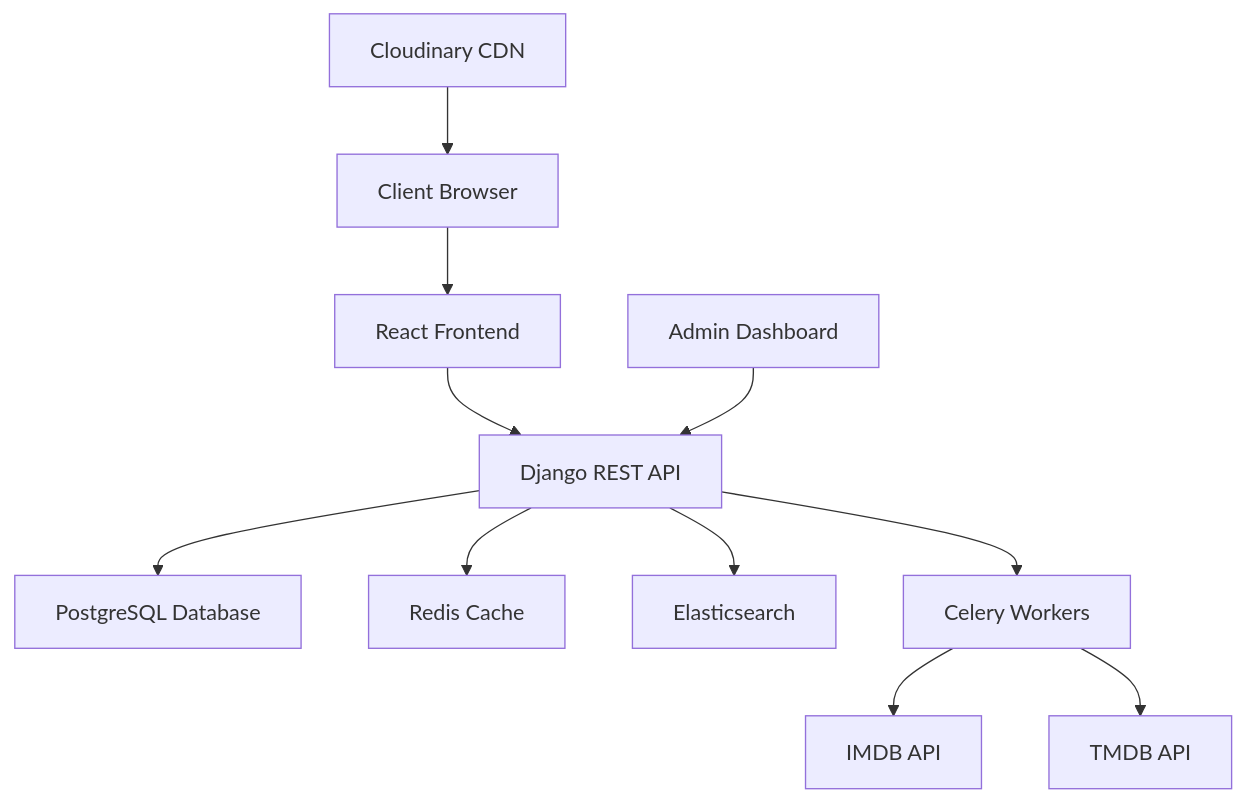
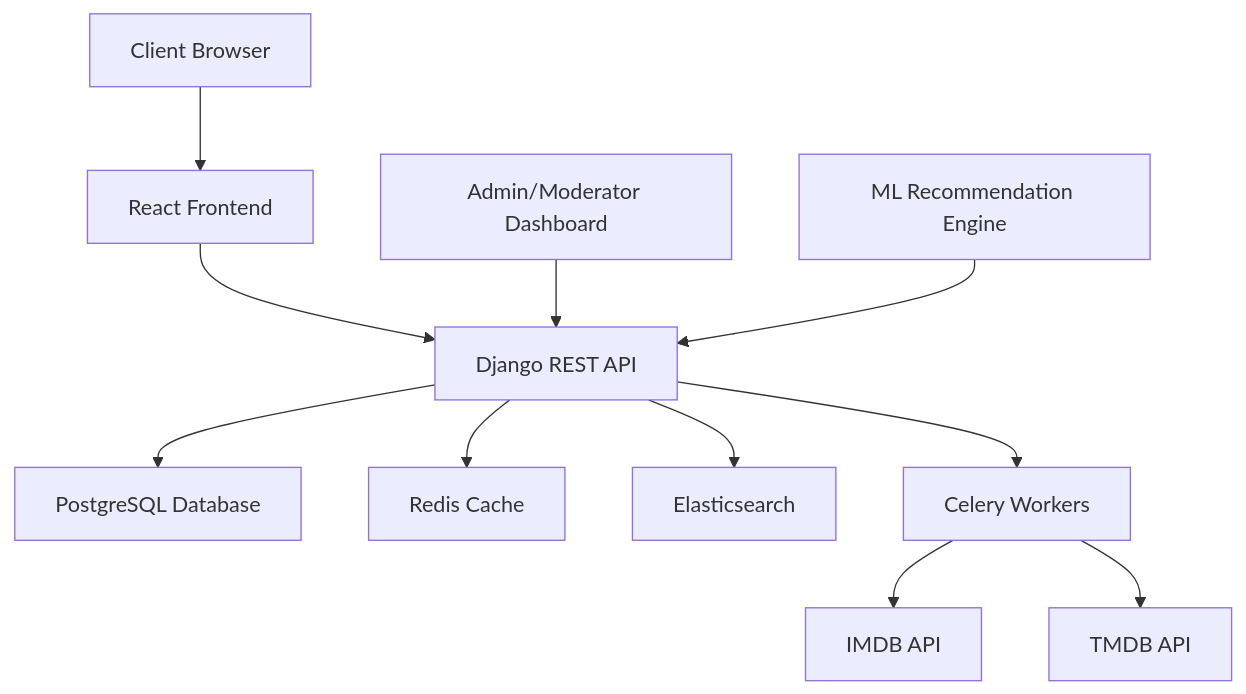
The diagram in README.md (ngtrnhao/movie-mate-v2), drawn with Mermaid before and after one commit. The commit also changed other lines of this file, not shown here.

````diff
--- a/README.md
+++ b/README.md
@@ -47,13 +51,13 @@
 ```mermaid
 graph TB
     A[Client Browser] --> B[React Frontend]
     B --> C[Django REST API]
     C --> D[PostgreSQL Database]
     C --> E[Redis Cache]
     C --> F[Elasticsearch]
     C --> G[Celery Workers]
     G --> H[IMDB API]
     G --> I[TMDB API]
-    J[Cloudinary CDN] --> A
-    K[Admin Dashboard] --> C
+    K[Admin/Moderator Dashboard] --> C
+    L[ML Recommendation Engine] --> C
 ```
````
